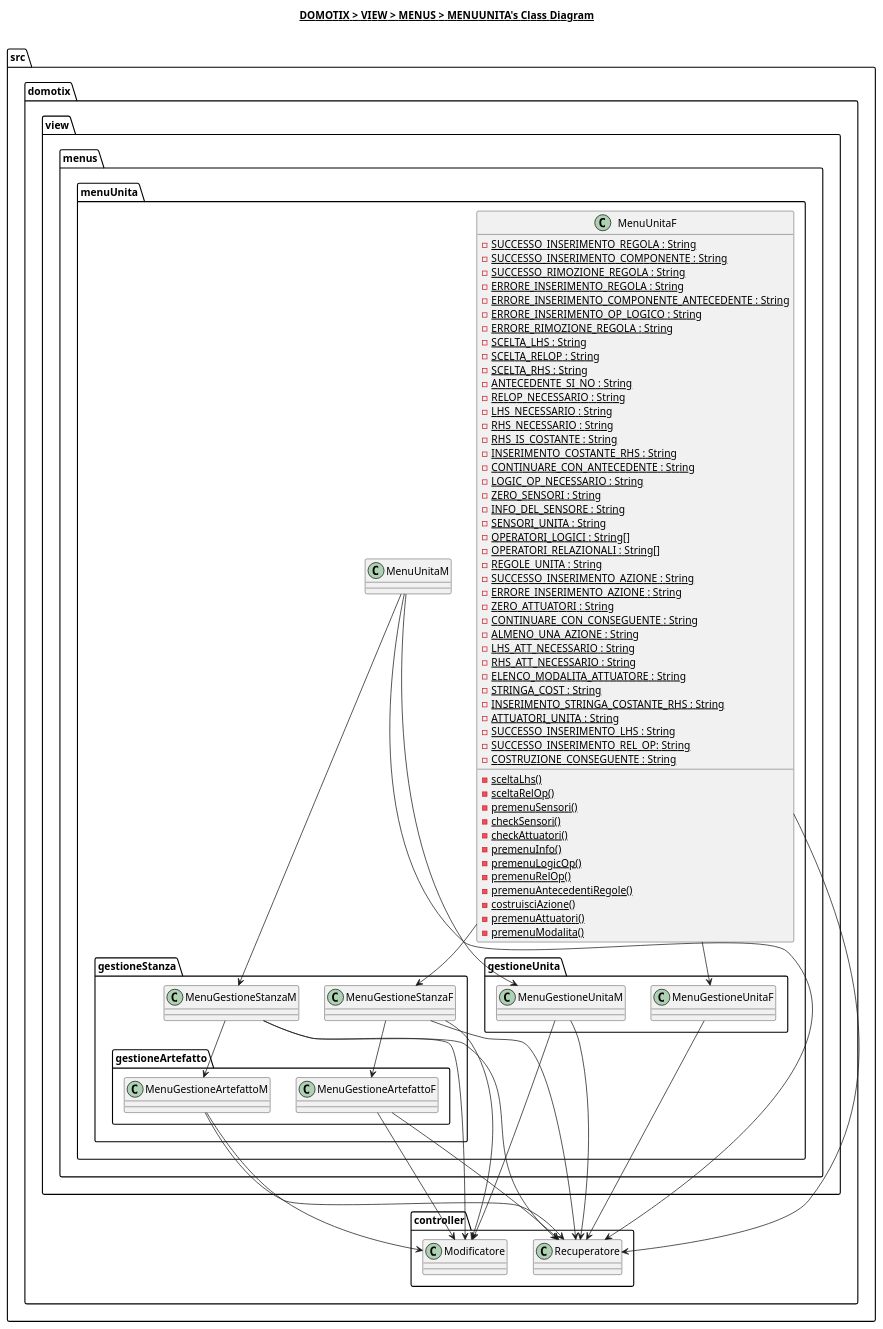
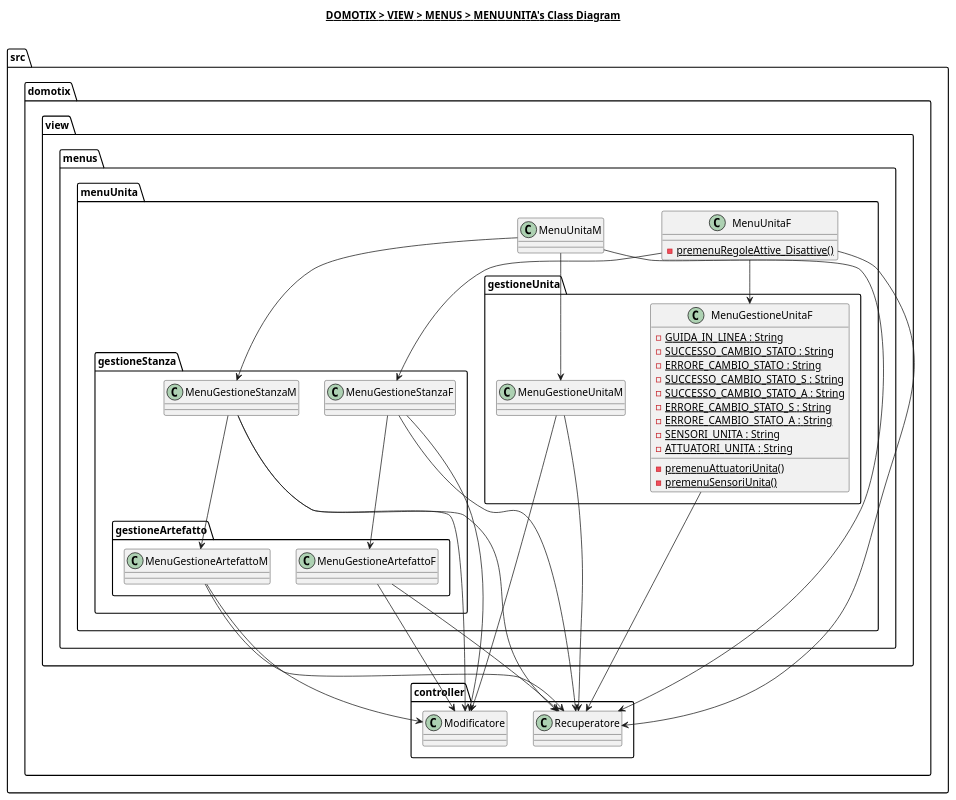
One commit to Edoar-do/Domotix changed the diagram in src/domotix/view/menus/menuUnita/menuUnita.plantuml. Above: the diagram before and after it, drawn with PlantUML. The commit also changed 4 other files, not shown here.

Commit message:
Inizializza diagrammi per V4

```diff
--- a/src/domotix/view/menus/menuUnita/menuUnita.plantuml
+++ b/src/domotix/view/menus/menuUnita/menuUnita.plantuml
@@ -1,108 +1,70 @@
 @startuml
 
 title __DOMOTIX > VIEW > MENUS > MENUUNITA's Class Diagram__\n
 
 namespace src.domotix.view.menus.menuUnita {
     class src.domotix.view.menus.menuUnita.MenuUnitaF {
-        {static} - SUCCESSO_INSERIMENTO_REGOLA : String
-        {static} - SUCCESSO_INSERIMENTO_COMPONENTE : String
-        {static} - SUCCESSO_RIMOZIONE_REGOLA : String
-        {static} - ERRORE_INSERIMENTO_REGOLA : String
-        {static} - ERRORE_INSERIMENTO_COMPONENTE_ANTECEDENTE : String
-        {static} - ERRORE_INSERIMENTO_OP_LOGICO : String
-        {static} - ERRORE_RIMOZIONE_REGOLA : String
-        {static} - SCELTA_LHS : String
-        {static} - SCELTA_RELOP : String
-        {static} - SCELTA_RHS : String
-        {static} - ANTECEDENTE_SI_NO : String
-        {static} - RELOP_NECESSARIO : String
-        {static} - LHS_NECESSARIO : String
-        {static} - RHS_NECESSARIO : String
-        {static} - RHS_IS_COSTANTE : String
-        {static} - INSERIMENTO_COSTANTE_RHS : String
-        {static} - CONTINUARE_CON_ANTECEDENTE : String
-        {static} - LOGIC_OP_NECESSARIO : String
-        {static} - ZERO_SENSORI : String
-        {static} - INFO_DEL_SENSORE : String
-        {static} - SENSORI_UNITA : String
-        {static} - OPERATORI_LOGICI : String[]
-        {static} - OPERATORI_RELAZIONALI : String[]
-        {static} - REGOLE_UNITA : String
-        {static} - SUCCESSO_INSERIMENTO_AZIONE : String
-        {static} - ERRORE_INSERIMENTO_AZIONE : String
-        {static} - ZERO_ATTUATORI : String
-        {static} - CONTINUARE_CON_CONSEGUENTE : String
-        {static} - ALMENO_UNA_AZIONE : String
-        {static} - LHS_ATT_NECESSARIO : String
-        {static} - RHS_ATT_NECESSARIO : String
-        {static} - ELENCO_MODALITA_ATTUATORE : String
-        {static} - STRINGA_COST : String
-        {static} - INSERIMENTO_STRINGA_COSTANTE_RHS : String
-        {static} - ATTUATORI_UNITA : String
-        {static} - SUCCESSO_INSERIMENTO_LHS : String
-        {static} - SUCCESSO_INSERIMENTO_REL_OP: String
-        {static} - COSTRUZIONE_CONSEGUENTE : String
-        {static} - sceltaLhs()
-        {static} - sceltaRelOp()
-        {static} - premenuSensori()
-        {static} - checkSensori()
-        {static} - checkAttuatori()
-        {static} - premenuInfo()
-        {static} - premenuLogicOp()
-        {static} - premenuRelOp()
-        {static} - premenuAntecedentiRegole()
-        {static} - costruisciAzione()
-        {static} - premenuAttuatori()
-        {static} - premenuModalita()
+        {static} - premenuRegoleAttive_Disattive()
     }
 
     class src.domotix.view.menus.menuUnita.MenuUnitaM {
     }
 
     namespace gestioneUnita {
         class src.domotix.view.menus.menuUnita.gestioneUnita.MenuGestioneUnitaF {
+            {static} - GUIDA_IN_LINEA : String
+            {static} - SUCCESSO_CAMBIO_STATO : String
+            {static} - ERRORE_CAMBIO_STATO : String
+            {static} - SUCCESSO_CAMBIO_STATO_S : String
+            {static} - SUCCESSO_CAMBIO_STATO_A : String
+            {static} - ERRORE_CAMBIO_STATO_S : String
+            {static} - ERRORE_CAMBIO_STATO_A : String
+            {static} - SENSORI_UNITA : String
+            {static} - ATTUATORI_UNITA : String
+            {static} - premenuAttuatoriUnita()
+            {static} - premenuSensoriUnita()
         }
 
         class src.domotix.view.menus.menuUnita.gestioneUnita.MenuGestioneUnitaM {
         }
     }
 
     namespace gestioneStanza {
         class src.domotix.view.menus.menuUnita.gestioneStanza.MenuGestioneStanzaF {
         }
 
         class src.domotix.view.menus.menuUnita.gestioneStanza.MenuGestioneStanzaM {
         }
 
         namespace gestioneArtefatto {
             class src.domotix.view.menus.menuUnita.gestioneStanza.gestioneArtefatto.MenuGestioneArtefattoF {
             }
 
             class src.domotix.view.menus.menuUnita.gestioneStanza.gestioneArtefatto.MenuGestioneArtefattoM {
             }
         }
     }
 }
 
 src.domotix.view.menus.menuUnita.MenuUnitaM --> src.domotix.view.menus.menuUnita.gestioneUnita.MenuGestioneUnitaM
 src.domotix.view.menus.menuUnita.MenuUnitaM --> src.domotix.view.menus.menuUnita.gestioneStanza.MenuGestioneStanzaM
 src.domotix.view.menus.menuUnita.gestioneStanza.MenuGestioneStanzaM --> src.domotix.view.menus.menuUnita.gestioneStanza.gestioneArtefatto.MenuGestioneArtefattoM
 src.domotix.view.menus.menuUnita.MenuUnitaF --> src.domotix.view.menus.menuUnita.gestioneUnita.MenuGestioneUnitaF
 src.domotix.view.menus.menuUnita.MenuUnitaF --> src.domotix.view.menus.menuUnita.gestioneStanza.MenuGestioneStanzaF
 src.domotix.view.menus.menuUnita.gestioneStanza.MenuGestioneStanzaF --> src.domotix.view.menus.menuUnita.gestioneStanza.gestioneArtefatto.MenuGestioneArtefattoF
 
 src.domotix.view.menus.menuUnita.MenuUnitaM --> src.domotix.controller.Recuperatore
 src.domotix.view.menus.menuUnita.MenuUnitaF --> src.domotix.controller.Recuperatore
 src.domotix.view.menus.menuUnita.gestioneUnita.MenuGestioneUnitaM --> src.domotix.controller.Modificatore
 src.domotix.view.menus.menuUnita.gestioneUnita.MenuGestioneUnitaM --> src.domotix.controller.Recuperatore
 src.domotix.view.menus.menuUnita.gestioneUnita.MenuGestioneUnitaF --> src.domotix.controller.Recuperatore
 src.domotix.view.menus.menuUnita.gestioneStanza.MenuGestioneStanzaM --> src.domotix.controller.Modificatore
 src.domotix.view.menus.menuUnita.gestioneStanza.MenuGestioneStanzaM --> src.domotix.controller.Recuperatore
 src.domotix.view.menus.menuUnita.gestioneStanza.MenuGestioneStanzaF --> src.domotix.controller.Recuperatore
 src.domotix.view.menus.menuUnita.gestioneStanza.MenuGestioneStanzaF --> src.domotix.controller.Modificatore
 src.domotix.view.menus.menuUnita.gestioneStanza.gestioneArtefatto.MenuGestioneArtefattoM --> src.domotix.controller.Modificatore
 src.domotix.view.menus.menuUnita.gestioneStanza.gestioneArtefatto.MenuGestioneArtefattoM --> src.domotix.controller.Recuperatore
 src.domotix.view.menus.menuUnita.gestioneStanza.gestioneArtefatto.MenuGestioneArtefattoF --> src.domotix.controller.Recuperatore
 src.domotix.view.menus.menuUnita.gestioneStanza.gestioneArtefatto.MenuGestioneArtefattoF --> src.domotix.controller.Modificatore
 
 @enduml
```
